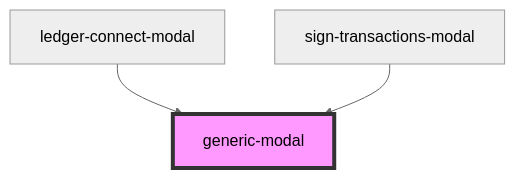
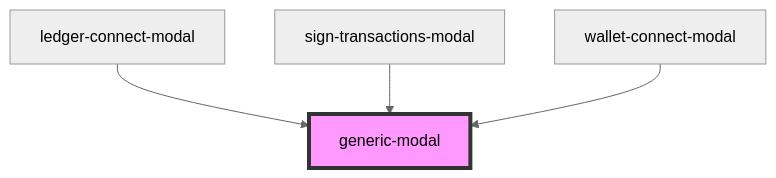
One commit to multiversx/mx-sdk-dapp-ui changed the diagram in src/common/generic-modal/readme.md. Above: the diagram before and after it, drawn with Mermaid (neutral theme). The commit also changed other lines of this file and 4 other files, not shown here.

Commit message:
Add wallet connect tests

````diff
--- a/src/common/generic-modal/readme.md
+++ b/src/common/generic-modal/readme.md
@@ -26,6 +27,7 @@
 ```mermaid
 graph TD;
   ledger-connect-modal --> generic-modal
   sign-transactions-modal --> generic-modal
+  wallet-connect-modal --> generic-modal
   style generic-modal fill:#f9f,stroke:#333,stroke-width:4px
 ```
````
